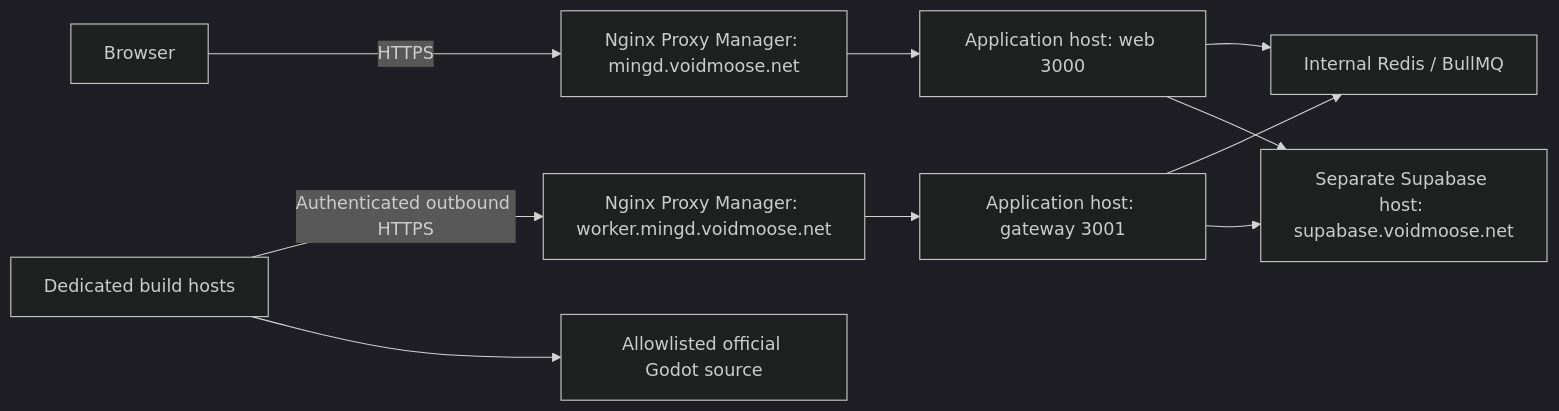
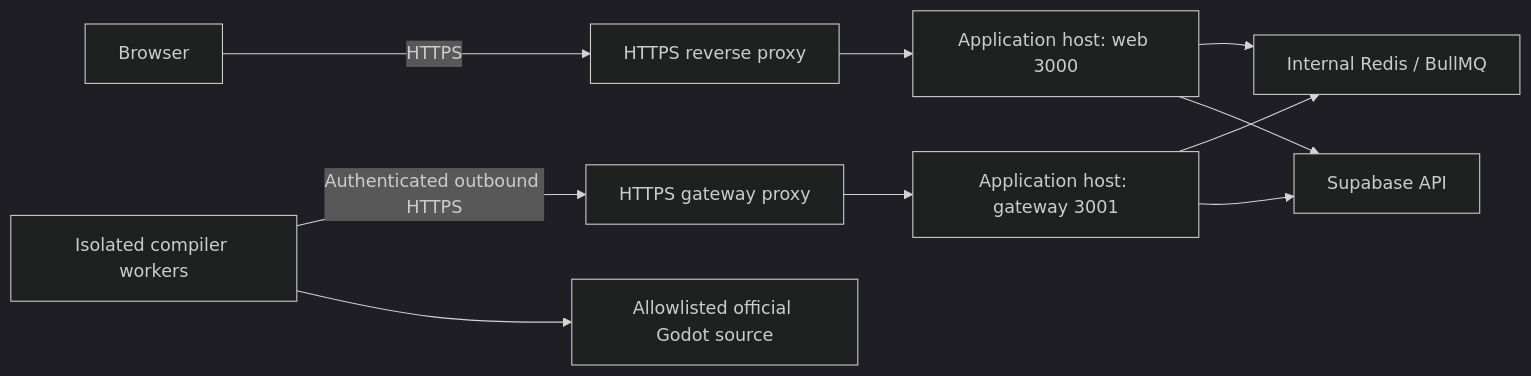
One commit to sxmxc/mingd changed the diagram in docs/operators/distributed-workers.md. Above: the diagram before and after it, drawn with Mermaid (dark theme). The commit also changed other lines of this file and 39 other files, not shown here.

````diff
--- a/docs/operators/distributed-workers.md
+++ b/docs/operators/distributed-workers.md
@@ -15,12 +15,12 @@
 ```mermaid
 flowchart LR
-  Browser -->|HTTPS| AppProxy[Nginx Proxy Manager: mingd.voidmoose.net]
+  Browser -->|HTTPS| AppProxy[HTTPS reverse proxy]
   AppProxy --> Web[Application host: web 3000]
   Web --> Redis[Internal Redis / BullMQ]
-  Build[Dedicated build hosts] -->|Authenticated outbound HTTPS| WorkerProxy[Nginx Proxy Manager: worker.mingd.voidmoose.net]
+  Build[Isolated compiler workers] -->|Authenticated outbound HTTPS| WorkerProxy[HTTPS gateway proxy]
   WorkerProxy --> Gateway[Application host: gateway 3001]
   Gateway --> Redis
-  Gateway --> Supabase[Separate Supabase host: supabase.voidmoose.net]
+  Gateway --> Supabase[Supabase API]
   Web --> Supabase
   Build --> Source[Allowlisted official Godot source]
 ```
````
